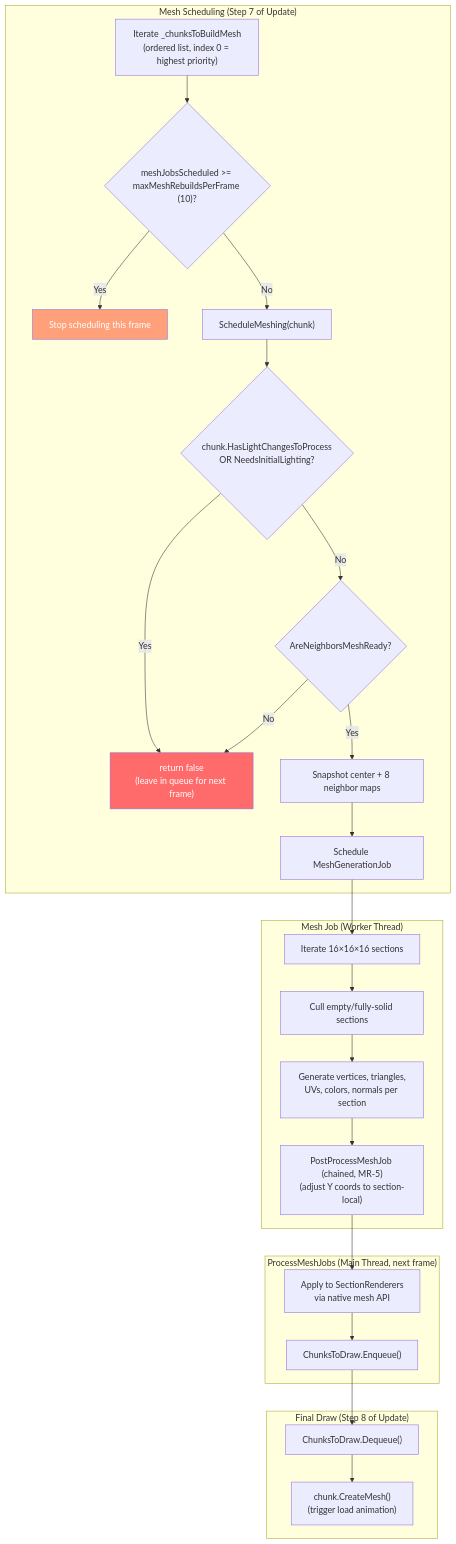
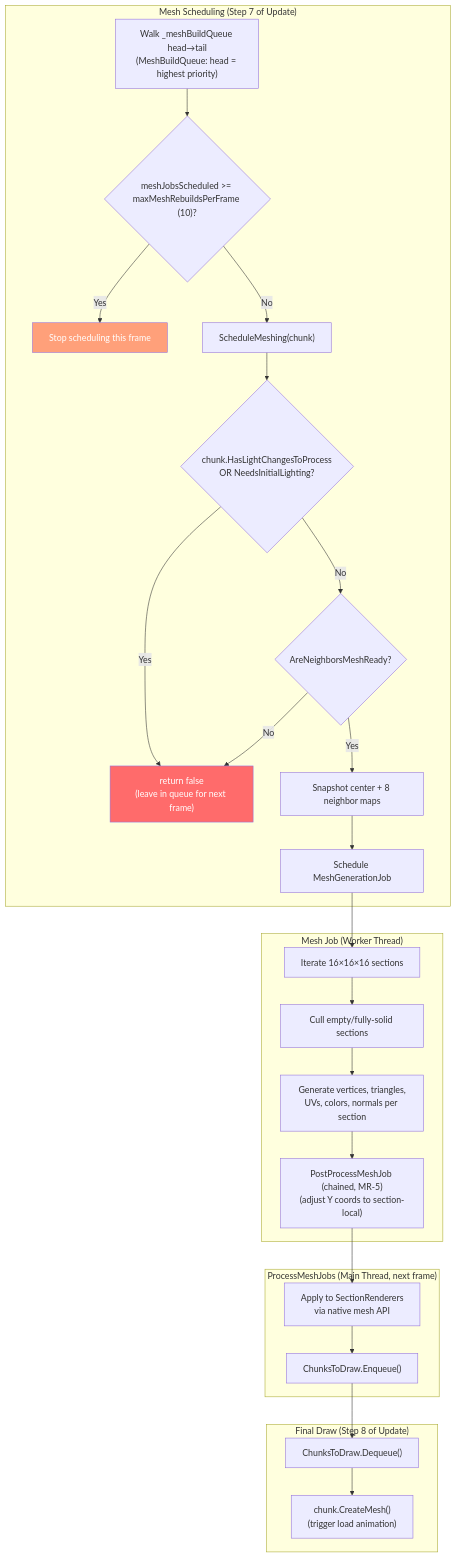
The fifth of 8 diagrams in Documentation/Architecture/CHUNK_LIFECYCLE_PIPELINE.md (A-Van-Gestel/Unity-Minecraft_Clone), drawn with Mermaid before and after one commit. The commit also changed other lines of this file and 7 other files, not shown here.

Commit message:
Perf: O(1) mesh queue via new MeshBuildQueue pooled intrusive list [MT-1]

````diff
--- a/Documentation/Architecture/CHUNK_LIFECYCLE_PIPELINE.md
+++ b/Documentation/Architecture/CHUNK_LIFECYCLE_PIPELINE.md
@@ -308,35 +308,35 @@
 ```mermaid
 flowchart TD
     subgraph "Mesh Scheduling (Step 7 of Update)"
-        M1["Iterate _chunksToBuildMesh<br/>(ordered list, index 0 = highest priority)"]
+        M1["Walk _meshBuildQueue head→tail<br/>(MeshBuildQueue: head = highest priority)"]
         M1 --> M2{"meshJobsScheduled >= maxMeshRebuildsPerFrame (10)?"}
         M2 -- Yes --> M_DONE["Stop scheduling this frame"]
         M2 -- No --> M3["ScheduleMeshing(chunk)"]
         M3 --> M4{"chunk.HasLightChangesToProcess<br/>OR NeedsInitialLighting?"}
         M4 -- Yes --> M_SKIP["return false<br/>(leave in queue for next frame)"]
         M4 -- No --> M5{"AreNeighborsMeshReady?"}
         M5 -- No --> M_SKIP
         M5 -- Yes --> M6["Snapshot center + 8 neighbor maps"]
         M6 --> M7["Schedule MeshGenerationJob"]
     end
 
     subgraph "Mesh Job (Worker Thread)"
         M7 --> MJ1["Iterate 16×16×16 sections"]
         MJ1 --> MJ2["Cull empty/fully-solid sections"]
         MJ2 --> MJ3["Generate vertices, triangles,<br/>UVs, colors, normals per section"]
         MJ3 --> MP1["PostProcessMeshJob (chained, MR-5)<br/>(adjust Y coords to section-local)"]
     end
 
     subgraph "ProcessMeshJobs (Main Thread, next frame)"
         MP1 --> MP2["Apply to SectionRenderers<br/>via native mesh API"]
         MP2 --> MP3["ChunksToDraw.Enqueue()"]
     end
 
     subgraph "Final Draw (Step 8 of Update)"
         MP3 --> FD1["ChunksToDraw.Dequeue()"]
         FD1 --> FD2["chunk.CreateMesh()<br/>(trigger load animation)"]
     end
 
     style M_SKIP fill: #ff6b6b, color: #fff
     style M_DONE fill: #ffa07a, color: #fff
 ```
````
